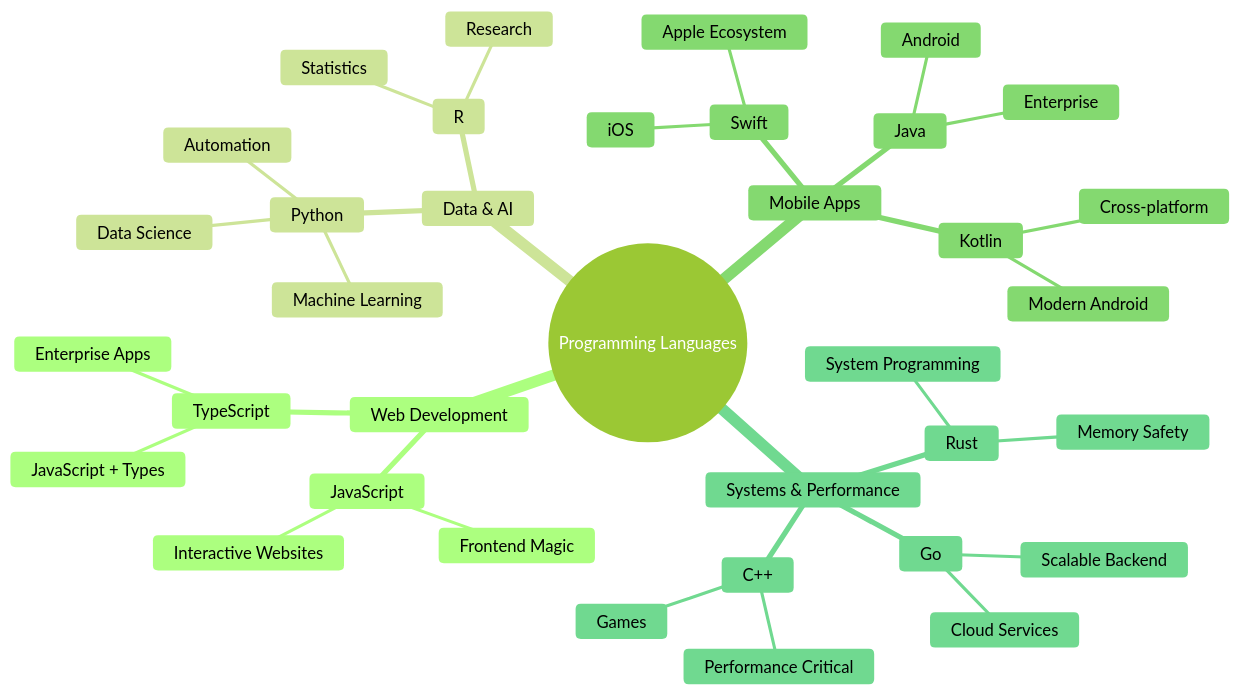
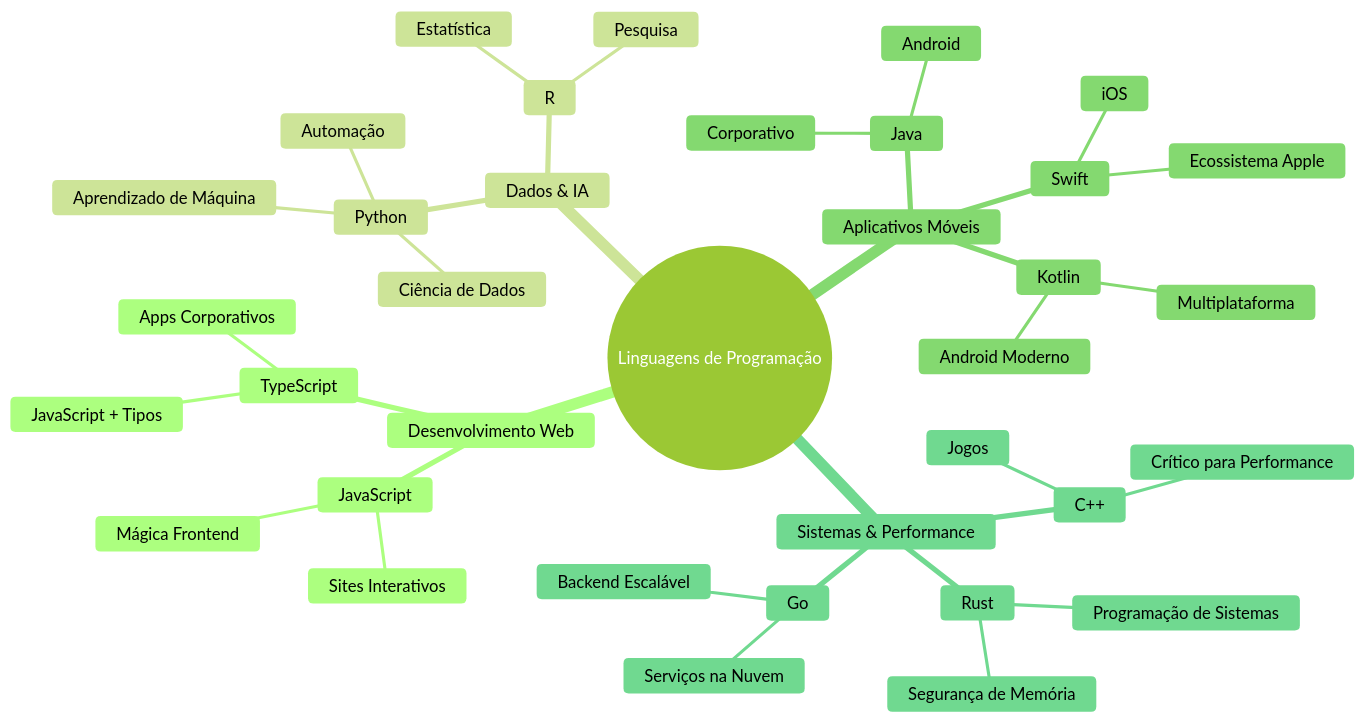
One commit to microsoft/Web-Dev-For-Beginners changed the second of 7 diagrams in translations/pt-BR/1-getting-started-lessons/1-intro-to-programming-languages/README.md. Above: the diagram before and after it, drawn with Mermaid (forest theme). The commit also changed other lines of this file and 11 other files, not shown here.

````diff
--- a/translations/pt-BR/1-getting-started-lessons/1-intro-to-programming-languages/README.md
+++ b/translations/pt-BR/1-getting-started-lessons/1-intro-to-programming-languages/README.md
@@ -85,39 +85,39 @@
 ```mermaid
 mindmap
-  root((Programming Languages))
-    Web Development
+  root((Linguagens de Programação))
+    Desenvolvimento Web
       JavaScript
-        Frontend Magic
-        Interactive Websites
+        Mágica Frontend
+        Sites Interativos
       TypeScript
-        JavaScript + Types
-        Enterprise Apps
-    Data & AI
+        JavaScript + Tipos
+        Apps Corporativos
+    Dados & IA
       Python
-        Data Science
-        Machine Learning
-        Automation
+        Ciência de Dados
+        Aprendizado de Máquina
+        Automação
       R
-        Statistics
-        Research
-    Mobile Apps
+        Estatística
+        Pesquisa
+    Aplicativos Móveis
       Java
         Android
-        Enterprise
+        Corporativo
       Swift
         iOS
-        Apple Ecosystem
+        Ecossistema Apple
       Kotlin
-        Modern Android
-        Cross-platform
-    Systems & Performance
+        Android Moderno
+        Multiplataforma
+    Sistemas & Performance
       C++
-        Games
-        Performance Critical
+        Jogos
+        Crítico para Performance
       Rust
-        Memory Safety
-        System Programming
+        Segurança de Memória
+        Programação de Sistemas
       Go
-        Cloud Services
-        Scalable Backend
+        Serviços na Nuvem
+        Backend Escalável
 ```
````
